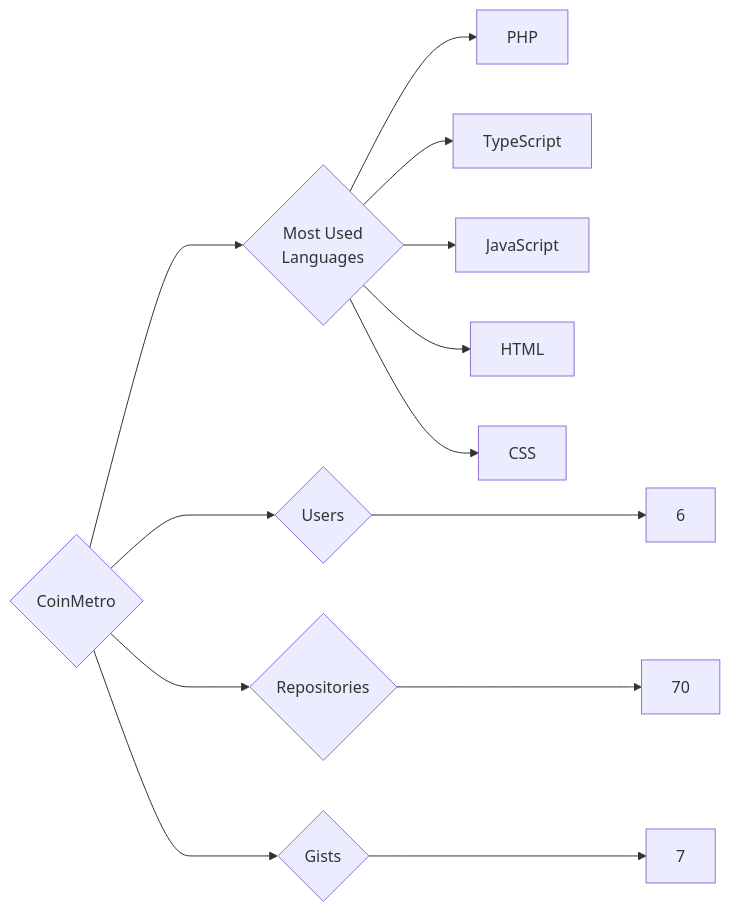
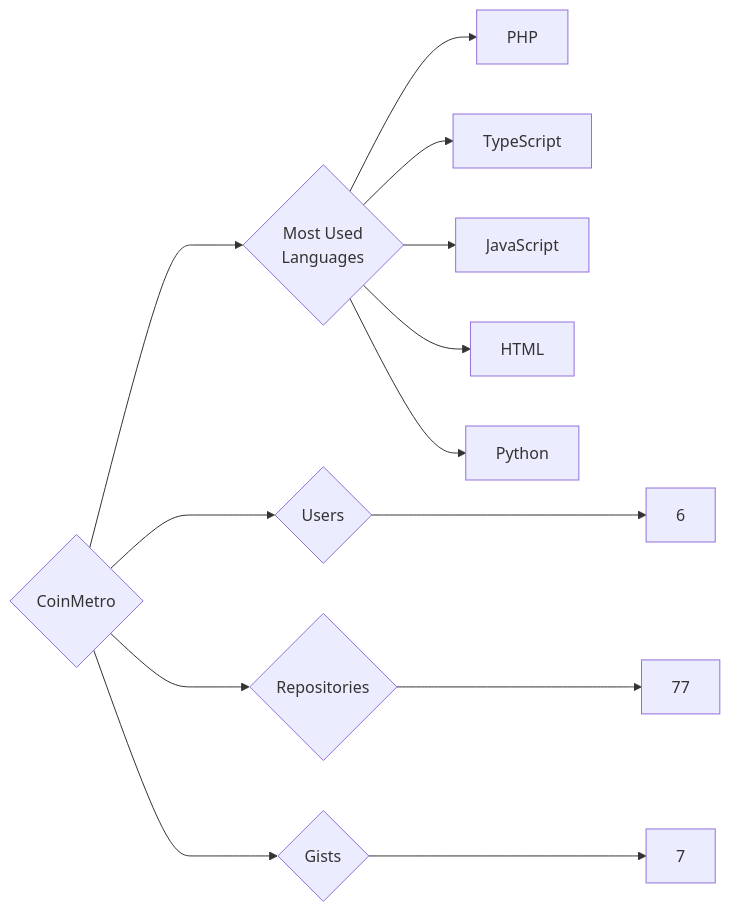
The diagram in targets/CoinMetro/README.md (trickest/insiders), drawn with Mermaid before and after one commit. The commit also changed 815 other files, not shown here.

````diff
--- a/targets/CoinMetro/README.md
+++ b/targets/CoinMetro/README.md
@@ -3,13 +3,13 @@
 ```mermaid
 graph LR
 COMPANY_NAME{CoinMetro}
 COMPANY_NAME ---> U{Users} ---> UN[6]
-COMPANY_NAME ---> R{Repositories} ---> RN[70]
+COMPANY_NAME ---> R{Repositories} ---> RN[77]
 COMPANY_NAME ---> G{Gists} ---> GN[7]
 COMPANY_NAME ---> ML{Most Used<br>Languages}
 ML --> PHP[PHP]
 ML --> TypeScript[TypeScript]
 ML --> JavaScript[JavaScript]
 ML --> HTML[HTML]
-ML --> CSS[CSS]
+ML --> Python[Python]
 ```
````
